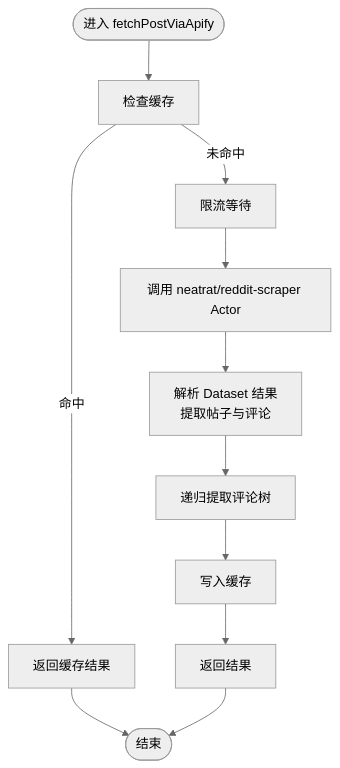
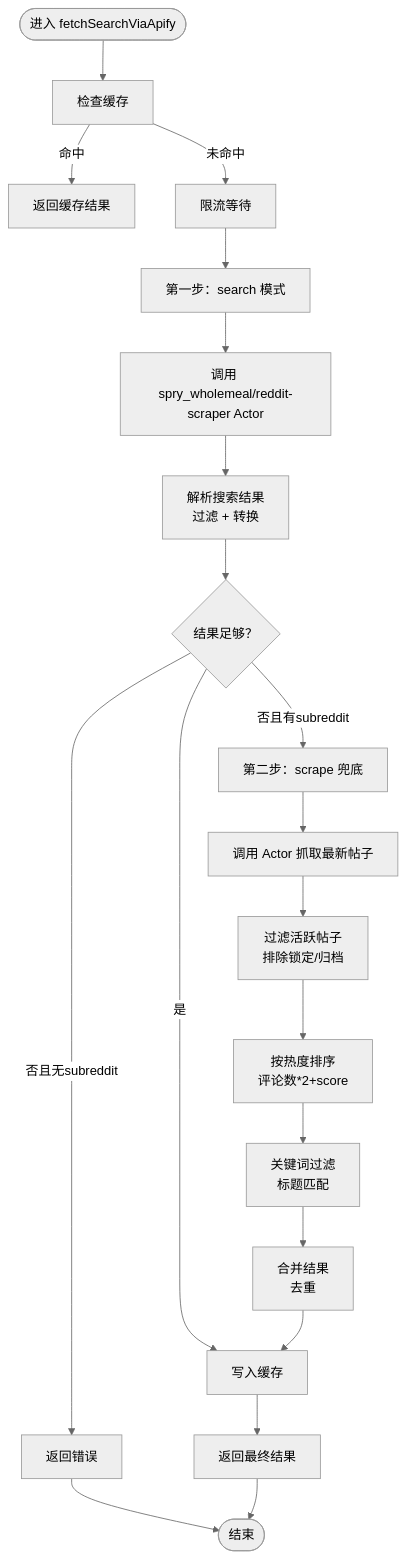
Before and after one commit to zezzezzez/reddit: the fourth of 7 diagrams in .qoder/repowiki/zh/content/系统架构/集成模式.md, drawn with Mermaid (neutral theme). The commit also changed other lines of this file and 21 other files, not shown here.

````diff
--- a/.qoder/repowiki/zh/content/系统架构/集成模式.md
+++ b/.qoder/repowiki/zh/content/系统架构/集成模式.md
@@ -181,13 +242,22 @@
 ```mermaid
 flowchart TD
-Start(["进入 fetchPostViaApify"]) --> CheckCache["检查缓存"]
+Start(["进入 fetchSearchViaApify"]) --> CheckCache["检查缓存"]
 CheckCache --> |命中| ReturnCache["返回缓存结果"]
 CheckCache --> |未命中| Throttle["限流等待"]
-Throttle --> CallActor["调用 neatrat/reddit-scraper Actor"]
-CallActor --> Parse["解析 Dataset 结果<br/>提取帖子与评论"]
-Parse --> Recurse["递归提取评论树"]
-Recurse --> WriteCache["写入缓存"]
-WriteCache --> Return["返回结果"]
-ReturnCache --> End(["结束"])
+Throttle --> SearchMode["第一步：search 模式"]
+SearchMode --> SearchActor["调用 spry_wholemeal/reddit-scraper Actor"]
+SearchActor --> ParseSearch["解析搜索结果<br/>过滤 + 转换"]
+ParseSearch --> CheckResult{"结果足够？"}
+CheckResult --> |是| CacheResult["写入缓存"]
+CheckResult --> |否且有subreddit| ScrapeMode["第二步：scrape 兜底"]
+CheckResult --> |否且无subreddit| ReturnError["返回错误"]
+ScrapeMode --> ScrapeActor["调用 Actor 抓取最新帖子"]
+ScrapeActor --> FilterActive["过滤活跃帖子<br/>排除锁定/归档"]
+FilterActive --> SortHot["按热度排序<br/>评论数*2+score"]
+SortHot --> KeywordFilter["关键词过滤<br/>标题匹配"]
+KeywordFilter --> MergeResults["合并结果<br/>去重"]
+MergeResults --> CacheResult
+CacheResult --> Return["返回最终结果"]
+ReturnError --> End(["结束"])
 Return --> End
 ```
````
